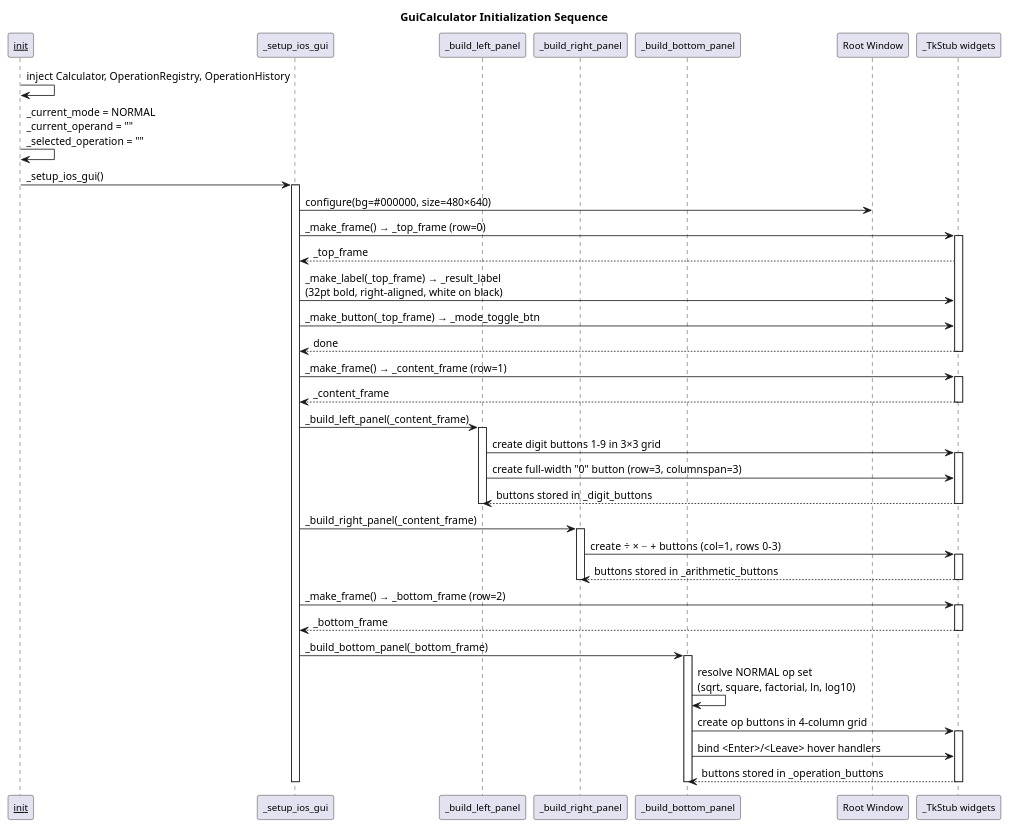
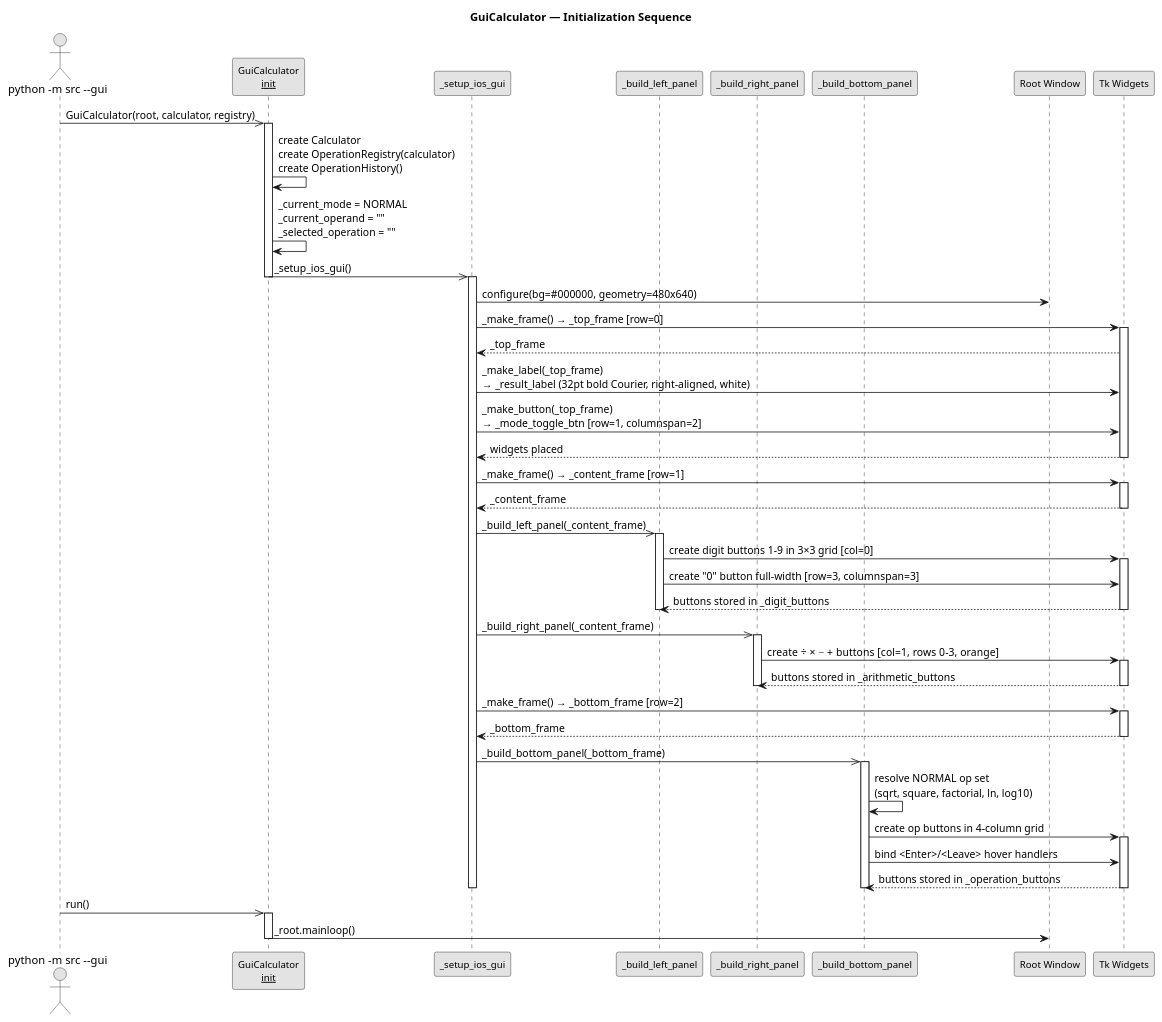
One commit to DanielRiha8906/Calculator_bachelor_autoevolution_team changed the diagram in artifacts/sequence_gui_init.puml. Above: the diagram before and after it, drawn with PlantUML. The commit also changed 8 other files, not shown here.

First line of the commit message:
docs: update PlantUML diagrams for iOS-style GuiCalculator redesign

```diff
--- a/artifacts/sequence_gui_init.puml
+++ b/artifacts/sequence_gui_init.puml
@@ -1,69 +1,81 @@
 @startuml
+skinparam monochrome true
+skinparam shadowing false
 skinparam sequenceMessageAlign left
 skinparam participantFontSize 12
-title GuiCalculator Initialization Sequence
+title GuiCalculator — Initialization Sequence
 
-participant "__init__" as Init
+actor "python -m src --gui" as Main
+
+participant "GuiCalculator\n__init__" as Init
 participant "_setup_ios_gui" as Setup
 participant "_build_left_panel" as Left
 participant "_build_right_panel" as Right
 participant "_build_bottom_panel" as Bottom
 participant "Root Window" as Root
-participant "_TkStub widgets" as Widgets
+participant "Tk Widgets" as Widgets
 
-Init -> Init : inject Calculator, OperationRegistry, OperationHistory
+Main ->> Init : GuiCalculator(root, calculator, registry)
+
+activate Init
+Init -> Init : create Calculator\ncreate OperationRegistry(calculator)\ncreate OperationHistory()
 Init -> Init : _current_mode = NORMAL\n_current_operand = ""\n_selected_operation = ""
-Init -> Setup : _setup_ios_gui()
+Init ->> Setup : _setup_ios_gui()
+deactivate Init
 
 activate Setup
+Setup -> Root : configure(bg=#000000, geometry=480x640)
 
-Setup -> Root : configure(bg=#000000, size=480×640)
-
-Setup -> Widgets : _make_frame() → _top_frame (row=0)
+Setup -> Widgets : _make_frame() → _top_frame [row=0]
 activate Widgets
 Widgets --> Setup : _top_frame
-Setup -> Widgets : _make_label(_top_frame) → _result_label\n(32pt bold, right-aligned, white on black)
-Setup -> Widgets : _make_button(_top_frame) → _mode_toggle_btn
-Widgets --> Setup : done
+Setup -> Widgets : _make_label(_top_frame)\n→ _result_label (32pt bold Courier, right-aligned, white)
+Setup -> Widgets : _make_button(_top_frame)\n→ _mode_toggle_btn [row=1, columnspan=2]
+Widgets --> Setup : widgets placed
 deactivate Widgets
 
-Setup -> Widgets : _make_frame() → _content_frame (row=1)
+Setup -> Widgets : _make_frame() → _content_frame [row=1]
 activate Widgets
 Widgets --> Setup : _content_frame
 deactivate Widgets
 
-Setup -> Left : _build_left_panel(_content_frame)
+Setup ->> Left : _build_left_panel(_content_frame)
 activate Left
-Left -> Widgets : create digit buttons 1–9 in 3×3 grid
+Left -> Widgets : create digit buttons 1–9 in 3×3 grid [col=0]
 activate Widgets
-Left -> Widgets : create full-width "0" button (row=3, columnspan=3)
+Left -> Widgets : create "0" button full-width [row=3, columnspan=3]
 Widgets --> Left : buttons stored in _digit_buttons
 deactivate Widgets
 deactivate Left
 
-Setup -> Right : _build_right_panel(_content_frame)
+Setup ->> Right : _build_right_panel(_content_frame)
 activate Right
-Right -> Widgets : create ÷ × − + buttons (col=1, rows 0–3)
+Right -> Widgets : create ÷ × − + buttons [col=1, rows 0–3, orange]
 activate Widgets
 Widgets --> Right : buttons stored in _arithmetic_buttons
 deactivate Widgets
 deactivate Right
 
-Setup -> Widgets : _make_frame() → _bottom_frame (row=2)
+Setup -> Widgets : _make_frame() → _bottom_frame [row=2]
 activate Widgets
 Widgets --> Setup : _bottom_frame
 deactivate Widgets
 
-Setup -> Bottom : _build_bottom_panel(_bottom_frame)
+Setup ->> Bottom : _build_bottom_panel(_bottom_frame)
 activate Bottom
 Bottom -> Bottom : resolve NORMAL op set\n(sqrt, square, factorial, ln, log10)
 Bottom -> Widgets : create op buttons in 4-column grid
 activate Widgets
 Bottom -> Widgets : bind <Enter>/<Leave> hover handlers
 Widgets --> Bottom : buttons stored in _operation_buttons
 deactivate Widgets
 deactivate Bottom
 
 deactivate Setup
 
+Main ->> Init : run()
+activate Init
+Init -> Root : _root.mainloop()
+deactivate Init
+
 @enduml
```
